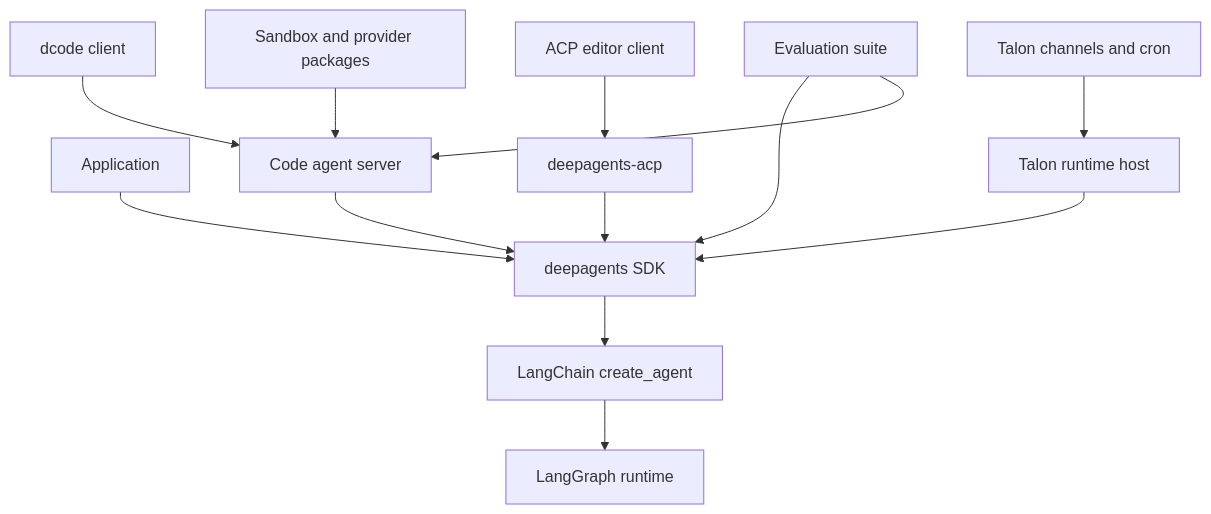
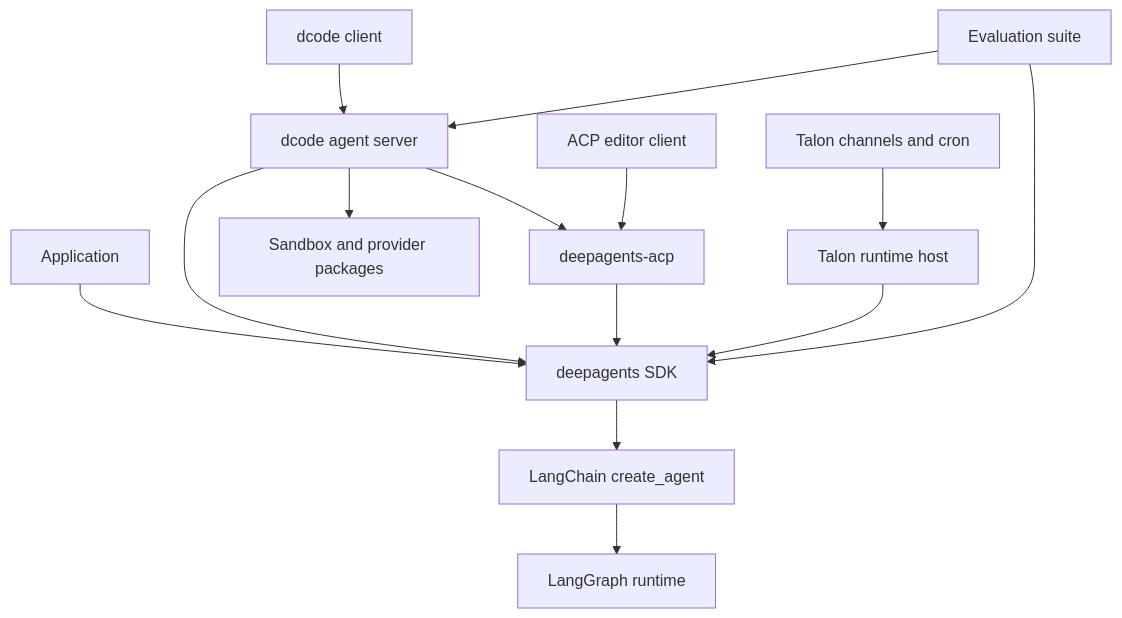
Before and after one commit to langchain-ai/deepagents: the first of 3 diagrams in openwiki/architecture/overview.md, drawn with Mermaid. The commit also changed other lines of this file and 34 other files, not shown here.

````diff
--- a/openwiki/architecture/overview.md
+++ b/openwiki/architecture/overview.md
@@ -73,15 +74,16 @@
 ```mermaid
 flowchart TD
   App["Application"] --> SDK["deepagents SDK"]
-  CodeClient["dcode client"] --> CodeServer["Code agent server"]
+  CodeClient["dcode client"] --> CodeServer["dcode agent server"]
   CodeServer --> SDK
-  Editor["ACP editor client"] --> ACP["deepagents-acp"]
+  CodeServer --> ACP["deepagents-acp"]
+  CodeServer --> Partners["Sandbox and provider packages"]
+  Editor["ACP editor client"] --> ACP
   ACP --> SDK
   Channels["Talon channels and cron"] --> Talon["Talon runtime host"]
   Talon --> SDK
   Evals["Evaluation suite"] --> SDK
   Evals --> CodeServer
   SDK --> LangChain["LangChain create_agent"]
   LangChain --> LangGraph["LangGraph runtime"]
-  Partners["Sandbox and provider packages"] --> CodeServer
 ```
````
